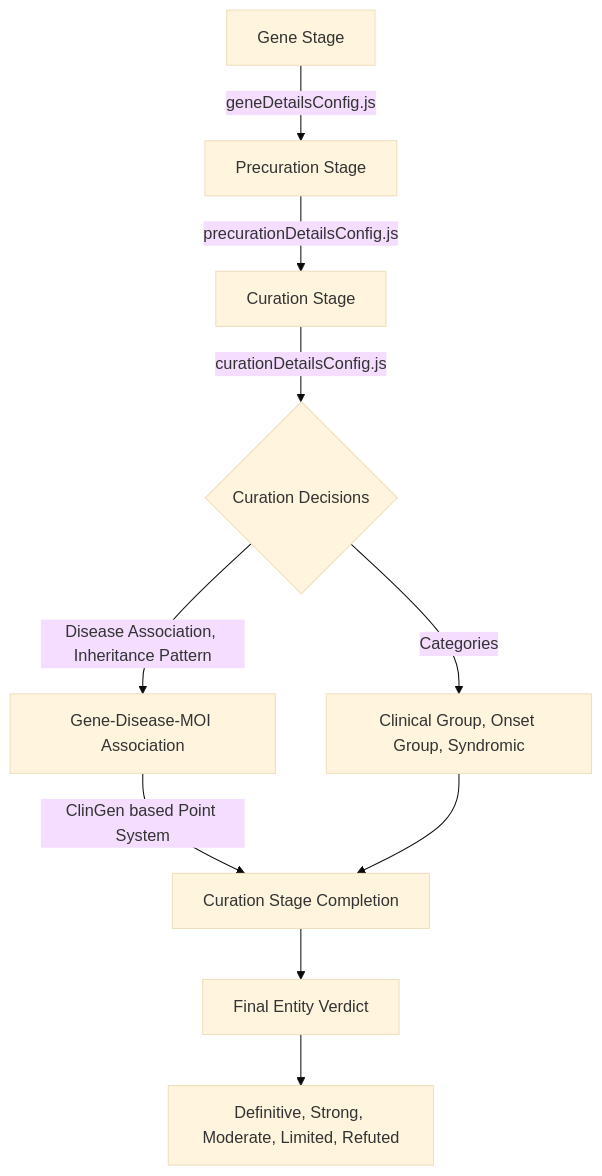
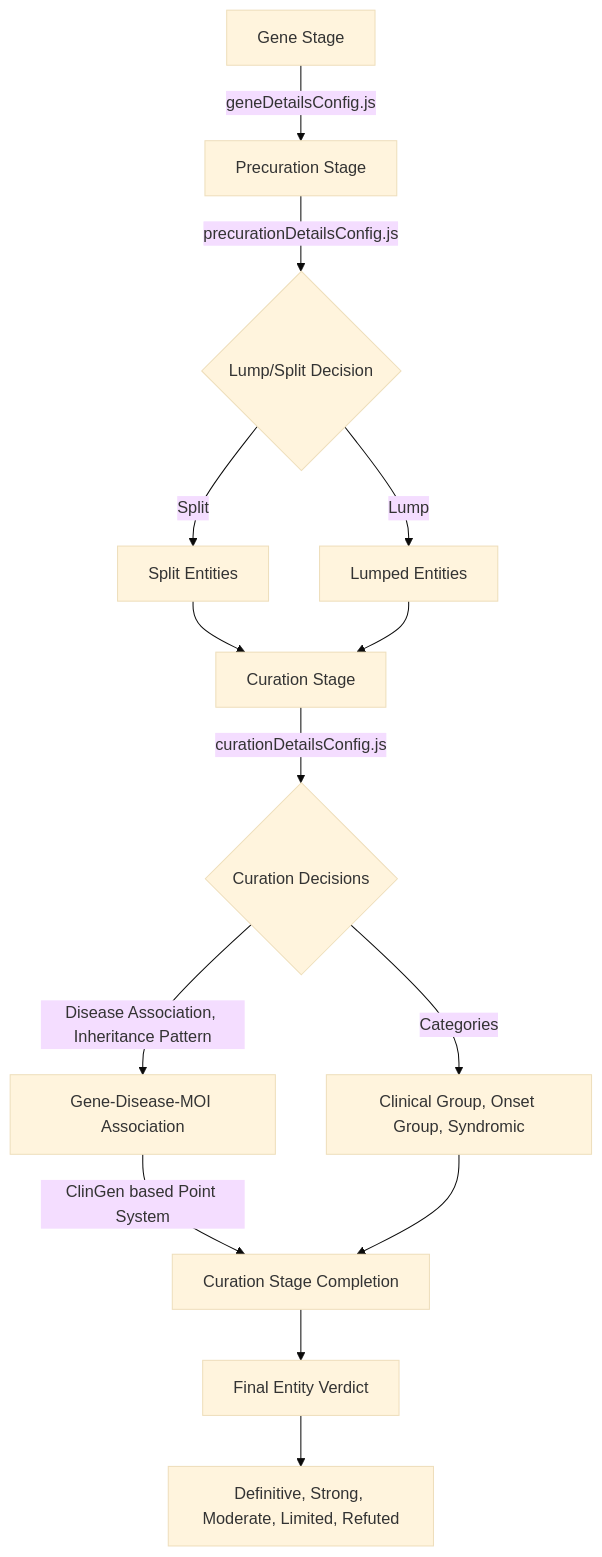
Before and after one commit to halbritter-lab/gene-curator: the diagram in src/config/workflows/README.md, drawn with Mermaid (base theme).

Commit message:
docs: update workflow readme

````diff
--- a/src/config/workflows/README.md
+++ b/src/config/workflows/README.md
@@ -5,12 +5,16 @@
 ```mermaid
 graph TD
     A[Gene Stage] -->|geneDetailsConfig.js| B[Precuration Stage]
-    B -->|precurationDetailsConfig.js| C[Curation Stage]
-    C -->|curationDetailsConfig.js| D{Curation Decisions}
-    D -->|Disease Association, Inheritance Pattern| E[Gene-Disease-MOI Association]
-    D -->|Categories| F[Clinical Group, Onset Group, Syndromic]
-    E -->|ClinGen based Point System| G[Curation Stage Completion]
-    F --> G
-    G --> H[Final Entity Verdict]
-    H --> I[Definitive, Strong, Moderate, Limited, Refuted]
+    B -->|precurationDetailsConfig.js| C{Lump/Split Decision}
+    C -->|Split| D[Split Entities]
+    C -->|Lump| E[Lumped Entities]
+    D --> F[Curation Stage]
+    E --> F
+    F -->|curationDetailsConfig.js| G{Curation Decisions}
+    G -->|Disease Association, Inheritance Pattern| H[Gene-Disease-MOI Association]
+    G -->|Categories| I[Clinical Group, Onset Group, Syndromic]
+    H -->|ClinGen based Point System| J[Curation Stage Completion]
+    I --> J
+    J --> K[Final Entity Verdict]
+    K --> L[Definitive, Strong, Moderate, Limited, Refuted]
 ```
````
